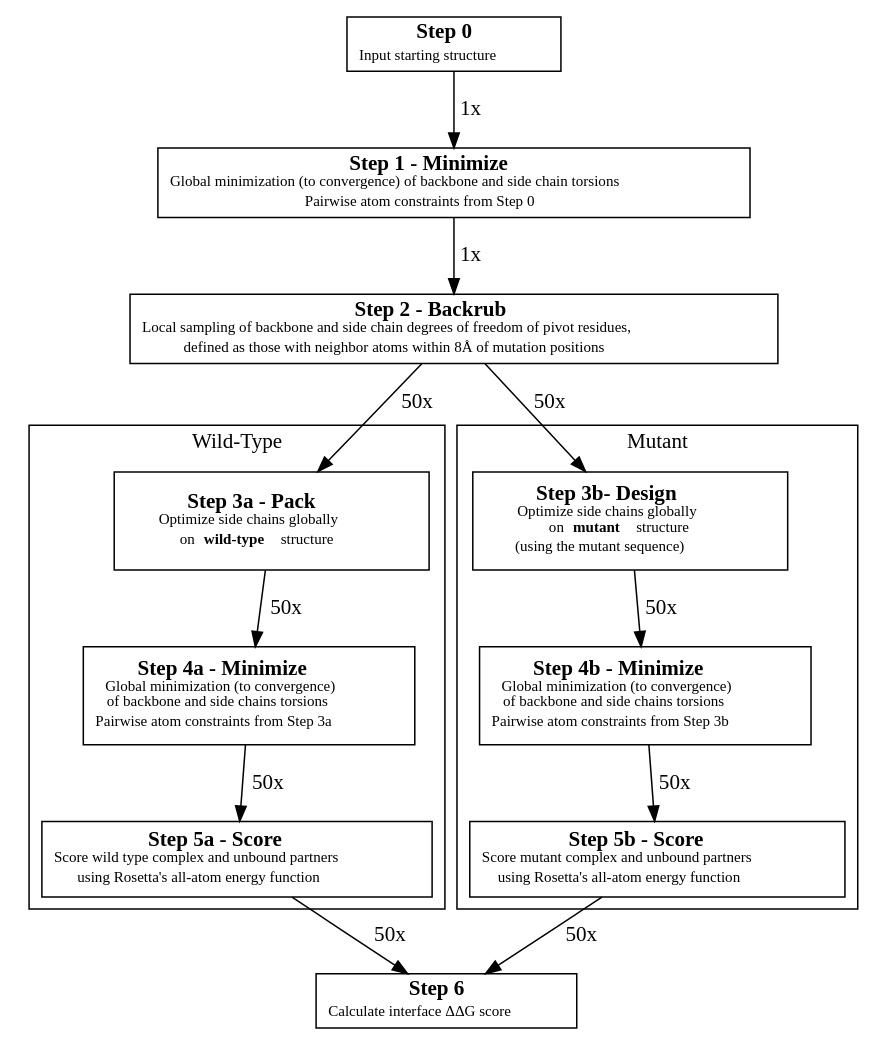
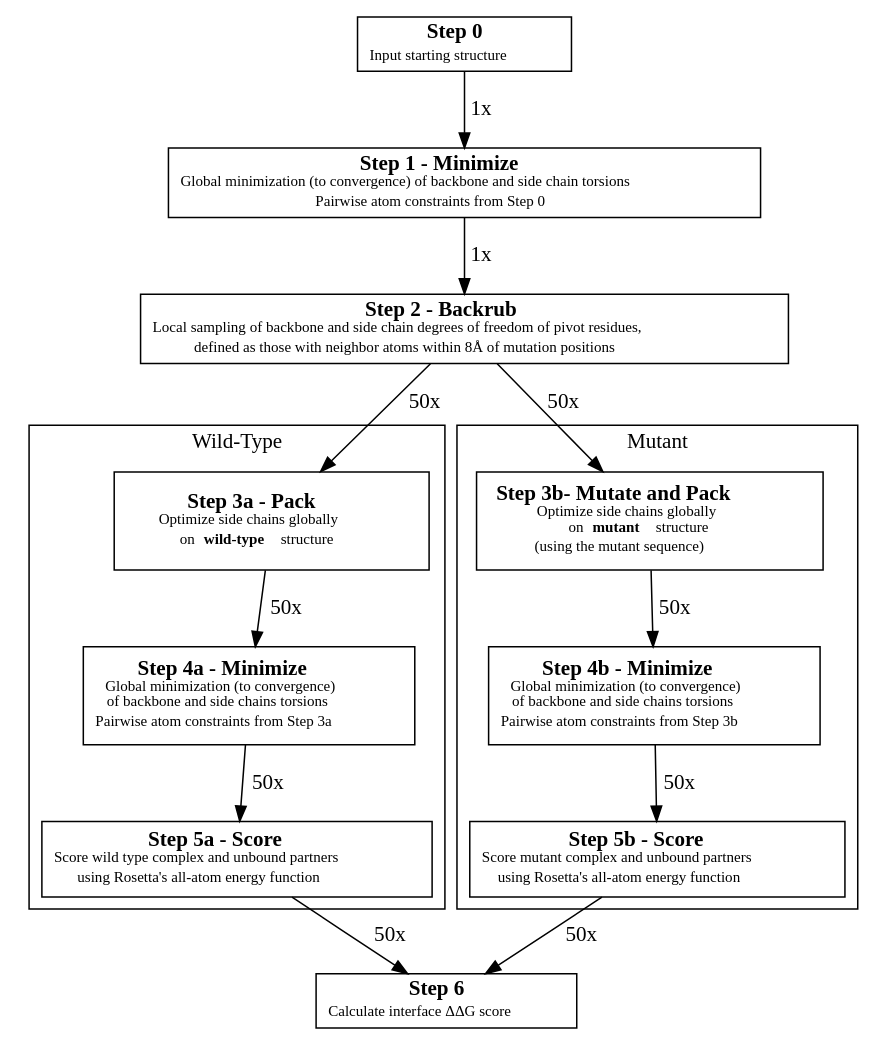
Before and after one commit to Kortemme-Lab/flex_ddG_analysis: the diagram in figures/fig-overview.dot, drawn with Graphviz. The commit also changed 1 other file, not shown here.

```diff
--- a/figures/fig-overview.dot
+++ b/figures/fig-overview.dot
@@ -1,77 +1,77 @@
 digraph cluster{
 rankdir=TB;
 forcelabels=true;
 
 step0 [label=< <B>Step 0</B> <BR/><FONT POINT-SIZE="10">
 Input starting structure
 </FONT> >, shape=box];
 
 step1 [label=< <B>Step 1 - Minimize</B> <BR/><FONT POINT-SIZE="10">
 Global minimization (to convergence) of backbone and side chain torsions<BR/>
 Pairwise atom constraints from Step 0
 </FONT> >, shape=box];
 
 step2 [label=< <B>Step 2 - Backrub</B> <BR/><FONT POINT-SIZE="10">
 Local sampling of backbone and side chain degrees of freedom of pivot residues,<BR/>
 defined as those with neighbor atoms within 8Å of mutation positions
 </FONT> >, shape=box];
 
 step3a [label=< <B>Step 3a - Pack</B> <BR/><FONT POINT-SIZE="10">
 Optimize side chains globally<BR/>
 on <B>wild-type</B> structure
 </FONT> >, shape=box, width = 2.9, height = 0.9];
 
-step3b [label=< <B>Step 3b- Design</B> <BR/><FONT POINT-SIZE="10">
+step3b [label=< <B>Step 3b- Mutate and Pack</B> <BR/><FONT POINT-SIZE="10">
 Optimize side chains globally<BR/>
 on <B>mutant</B> structure<BR/>
 (using the mutant sequence)
 </FONT> >, shape=box, width = 2.9, height = 0.9];
 
 step4a [label=< <B>Step 4a - Minimize</B> <BR/><FONT POINT-SIZE="10">
 Global minimization (to convergence)<BR/>
 of backbone and side chains torsions<BR/>
 Pairwise atom constraints from Step 3a
 </FONT> >, shape=box, width = 2.9, height = 0.9];
 
 step4b [label=< <B>Step 4b - Minimize</B> <BR/><FONT POINT-SIZE="10">
 Global minimization (to convergence)<BR/>
 of backbone and side chains torsions<BR/>
 Pairwise atom constraints from Step 3b
 </FONT> >, shape=box, width = 2.9, height = 0.9];
 
 step5a [label=< <B>Step 5a - Score</B> <BR/><FONT POINT-SIZE="10">
 Score wild type complex and unbound partners<BR/>
 using Rosetta's all-atom energy function
 </FONT> >, shape=box, width = 2.9, height = 0.7];
 
 step5b [label=< <B>Step 5b - Score</B> <BR/><FONT POINT-SIZE="10">
 Score mutant complex and unbound partners<BR/>
 using Rosetta's all-atom energy function
 </FONT> >, shape=box, width = 2.9, height = 0.7];
 
 step6 [label=< <B>Step 6</B> <BR/><FONT POINT-SIZE="10">
 Calculate interface ΔΔG score
 </FONT> >, shape=box];
 
 step0 -> step1 [label = " 1x"];
 step1 -> step2 [label = " 1x"];
 step2 -> step3a [label = " 50x"];
 step2 -> step3b [label = " 50x"];
 
 subgraph cluster0 {
 step3a -> step4a [label = " 50x"];
 step4a -> step5a [label = " 50x"];
 label = "Wild-Type";
 }
 subgraph cluster1 {
 step3b -> step4b [label = " 50x"];
 step4b -> step5b [label = " 50x"];
 label = "Mutant";
 }
 
 step5a -> step6 [label = " 50x"];
 step5b -> step6 [label = " 50x"];
 
 # step2 -> step6;
 
 }
```
